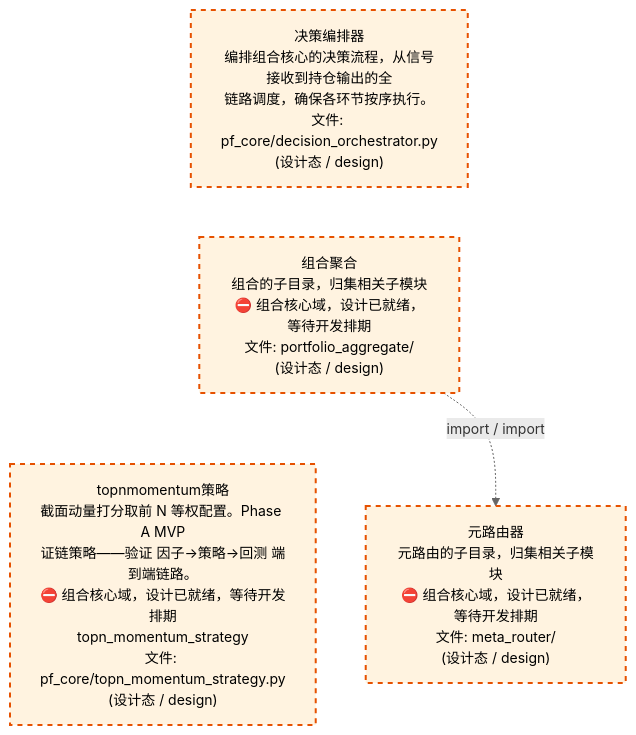
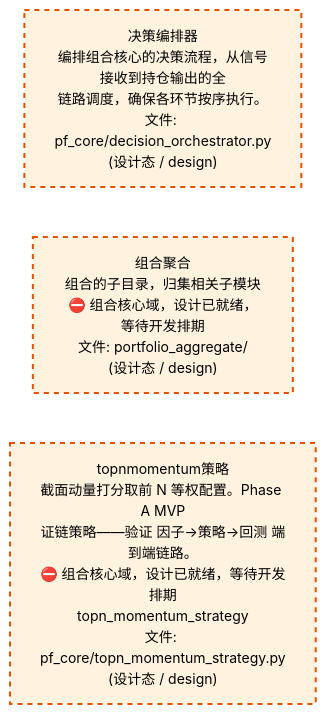
One commit to xuanFelixVan/ZephyrAlpha changed the third of 4 diagrams in docs/02_enterprise_architecture/02_domain_architecture_docs/63_d_pf_core.md. Above: the diagram before and after it, drawn with Mermaid. The commit also changed other lines of this file and 6 other files, not shown here.

````diff
--- a/docs/02_enterprise_architecture/02_domain_architecture_docs/63_d_pf_core.md
+++ b/docs/02_enterprise_architecture/02_domain_architecture_docs/63_d_pf_core.md
@@ -188,16 +192,14 @@
 ```mermaid
 %%{init: {'theme': 'base', 'themeVariables': {'primaryColor': '#eaeaea', 'primaryTextColor': '#333333', 'primaryBorderColor': '#666666', 'lineColor': '#666666', 'secondaryColor': '#eaeaea', 'tertiaryColor': '#eaeaea', 'fontSize': '14px'}}}%%
 flowchart TD
     src_zephyr_pf_core_decision_orchestrator_py["决策编排器<br/>编排组合核心的决策流程，从信号接收到持仓输出的全<br/>链路调度，确保各环节按序执行。<br/>文件: pf_core/decision_orchestrator.py<br/>(设计态 / design)"]
     src_zephyr_pf_core_portfolio_aggregate["组合聚合<br/>组合的子目录，归集相关子模块<br/>⛔ 组合核心域，设计已就绪，等待开发排期<br/>文件: portfolio_aggregate/<br/>(设计态 / design)"]
     src_zephyr_pf_core_topn_momentum_strategy_py["topnmomentum策略<br/>截面动量打分取前 N 等权配置。Phase A MVP<br/>证链策略——验证 因子→策略→回测 端到端链路。<br/>⛔ 组合核心域，设计已就绪，等待开发排期<br/>topn_momentum_strategy<br/>文件: pf_core/topn_momentum_strategy.py<br/>(设计态 / design)"]
     src_zephyr_pf_core_decision_orchestrator_py ~~~ src_zephyr_pf_core_portfolio_aggregate
     src_zephyr_pf_core_portfolio_aggregate ~~~ src_zephyr_pf_core_topn_momentum_strategy_py
-    src_zephyr_pf_core_meta_router["元路由器<br/>元路由的子目录，归集相关子模块<br/>⛔ 组合核心域，设计已就绪，等待开发排期<br/>文件: meta_router/<br/>(设计态 / design)"]
-    src_zephyr_pf_core_portfolio_aggregate -.->|import / import| src_zephyr_pf_core_meta_router
     classDef production fill:#e1f5fe,stroke:#01579b,stroke-width:2px,color:#000
     classDef design fill:#fff3e0,stroke:#e65100,stroke-width:2px,color:#000,stroke-dasharray: 5 5
     classDef external_prod fill:#e8f4fd,stroke:#0277bd,stroke-width:1px,color:#000
     classDef external_design fill:#fff8e7,stroke:#ef6c00,stroke-width:1px,color:#000,stroke-dasharray: 5 5
-    class src_zephyr_pf_core_decision_orchestrator_py,src_zephyr_pf_core_meta_router,src_zephyr_pf_core_portfolio_aggregate,src_zephyr_pf_core_topn_momentum_strategy_py design
+    class src_zephyr_pf_core_decision_orchestrator_py,src_zephyr_pf_core_portfolio_aggregate,src_zephyr_pf_core_topn_momentum_strategy_py design
 ```
````
